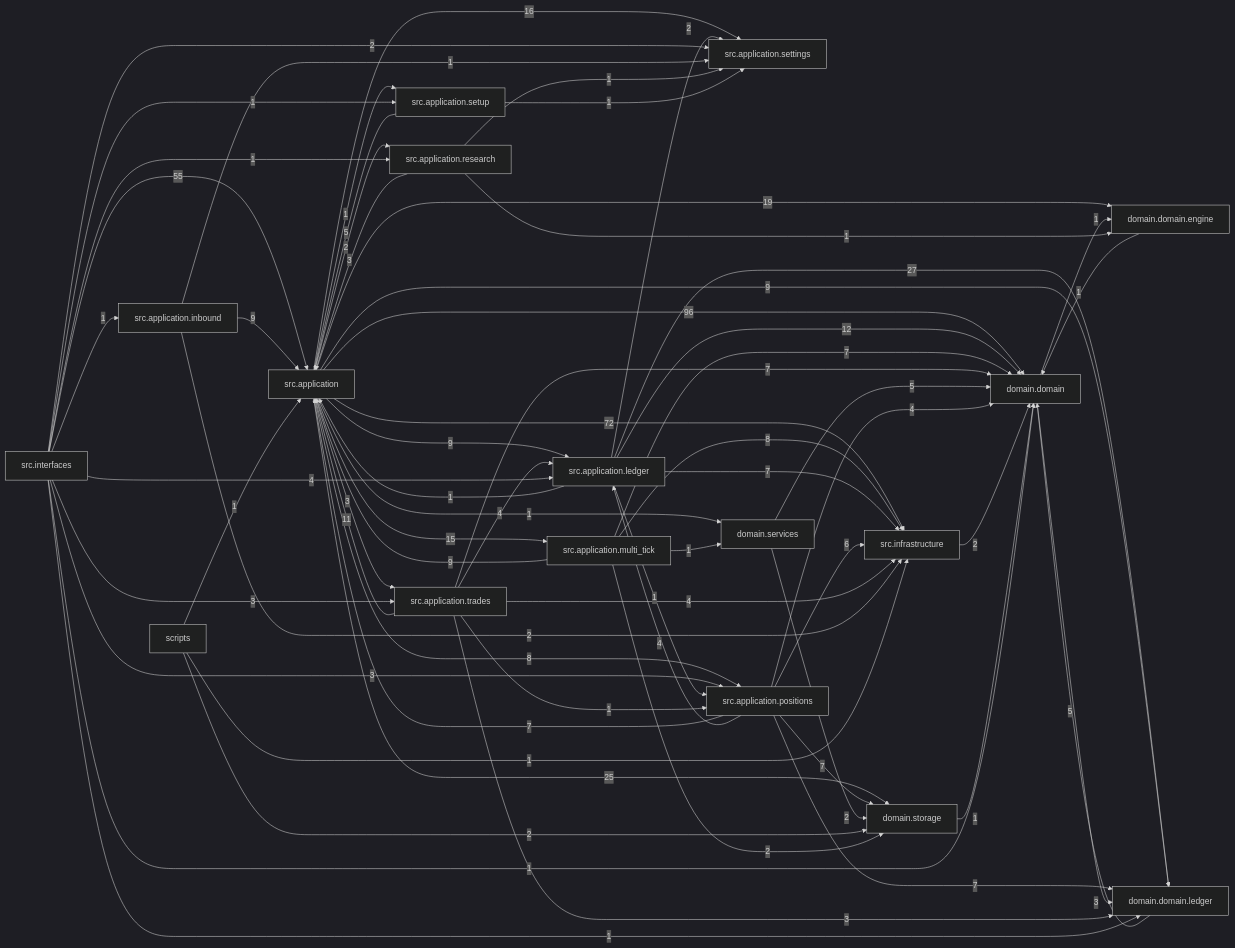
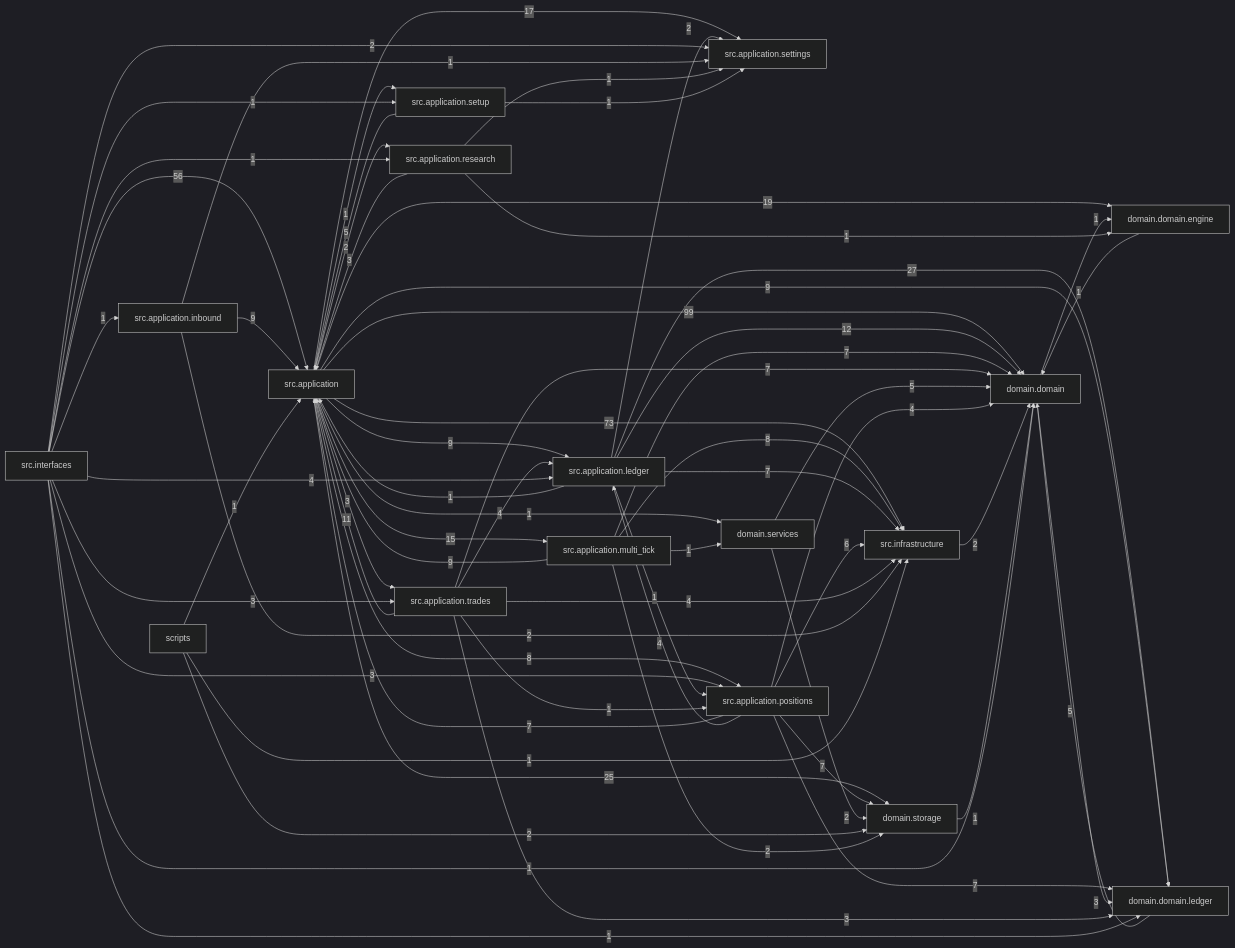
The diagram in docs/dependency_graph.mmd (liuxie066/options-monitor), drawn with Mermaid (dark theme) before and after one commit. The commit also changed 61 other files, not shown here.

```diff
--- a/docs/dependency_graph.mmd
+++ b/docs/dependency_graph.mmd
@@ -1,66 +1,66 @@
 flowchart LR
-  src_application["src.application"] -->|96| domain_domain["domain.domain"]
-  src_application["src.application"] -->|72| src_infrastructure["src.infrastructure"]
-  src_interfaces["src.interfaces"] -->|55| src_application["src.application"]
+  src_application["src.application"] -->|99| domain_domain["domain.domain"]
+  src_application["src.application"] -->|73| src_infrastructure["src.infrastructure"]
+  src_interfaces["src.interfaces"] -->|56| src_application["src.application"]
   src_application_ledger["src.application.ledger"] -->|27| domain_domain_ledger["domain.domain.ledger"]
   src_application["src.application"] -->|25| domain_storage["domain.storage"]
   src_application["src.application"] -->|19| domain_domain_engine["domain.domain.engine"]
-  src_application["src.application"] -->|16| src_application_settings["src.application.settings"]
+  src_application["src.application"] -->|17| src_application_settings["src.application.settings"]
   src_application["src.application"] -->|15| src_application_multi_tick["src.application.multi_tick"]
   src_application_ledger["src.application.ledger"] -->|12| domain_domain["domain.domain"]
   src_application_trades["src.application.trades"] -->|11| src_application["src.application"]
   src_application["src.application"] -->|9| domain_domain_ledger["domain.domain.ledger"]
   src_application["src.application"] -->|9| src_application_ledger["src.application.ledger"]
   src_application_inbound["src.application.inbound"] -->|9| src_application["src.application"]
   src_application_multi_tick["src.application.multi_tick"] -->|9| src_application["src.application"]
   src_application["src.application"] -->|8| src_application_positions["src.application.positions"]
   src_application_multi_tick["src.application.multi_tick"] -->|8| src_infrastructure["src.infrastructure"]
   src_application_ledger["src.application.ledger"] -->|7| src_infrastructure["src.infrastructure"]
   src_application_multi_tick["src.application.multi_tick"] -->|7| domain_domain["domain.domain"]
   src_application_positions["src.application.positions"] -->|7| domain_domain_ledger["domain.domain.ledger"]
   src_application_positions["src.application.positions"] -->|7| domain_storage["domain.storage"]
   src_application_positions["src.application.positions"] -->|7| src_application["src.application"]
   src_application_trades["src.application.trades"] -->|7| domain_domain["domain.domain"]
   src_application_positions["src.application.positions"] -->|6| src_infrastructure["src.infrastructure"]
   domain_domain_ledger["domain.domain.ledger"] -->|5| domain_domain["domain.domain"]
   domain_services["domain.services"] -->|5| domain_domain["domain.domain"]
   src_application_setup["src.application.setup"] -->|5| src_application["src.application"]
   src_application_positions["src.application.positions"] -->|4| domain_domain["domain.domain"]
   src_application_positions["src.application.positions"] -->|4| src_application_ledger["src.application.ledger"]
   src_application_trades["src.application.trades"] -->|4| src_application_ledger["src.application.ledger"]
   src_application_trades["src.application.trades"] -->|4| src_infrastructure["src.infrastructure"]
   src_interfaces["src.interfaces"] -->|4| src_application_ledger["src.application.ledger"]
   domain_domain["domain.domain"] -->|3| domain_domain_ledger["domain.domain.ledger"]
   src_application["src.application"] -->|3| src_application_trades["src.application.trades"]
   src_application_research["src.application.research"] -->|3| src_application["src.application"]
   src_application_trades["src.application.trades"] -->|3| domain_domain_ledger["domain.domain.ledger"]
   src_interfaces["src.interfaces"] -->|3| src_application_positions["src.application.positions"]
   src_interfaces["src.interfaces"] -->|3| src_application_trades["src.application.trades"]
   domain_services["domain.services"] -->|2| domain_storage["domain.storage"]
   scripts["scripts"] -->|2| domain_storage["domain.storage"]
   src_application["src.application"] -->|2| src_application_research["src.application.research"]
   src_application_inbound["src.application.inbound"] -->|2| src_infrastructure["src.infrastructure"]
   src_application_ledger["src.application.ledger"] -->|2| src_application_settings["src.application.settings"]
   src_application_multi_tick["src.application.multi_tick"] -->|2| domain_storage["domain.storage"]
   src_infrastructure["src.infrastructure"] -->|2| domain_domain["domain.domain"]
   src_interfaces["src.interfaces"] -->|2| src_application_settings["src.application.settings"]
   domain_domain["domain.domain"] -->|1| domain_domain_engine["domain.domain.engine"]
   domain_domain_engine["domain.domain.engine"] -->|1| domain_domain["domain.domain"]
   domain_storage["domain.storage"] -->|1| domain_domain["domain.domain"]
   scripts["scripts"] -->|1| src_application["src.application"]
   scripts["scripts"] -->|1| src_infrastructure["src.infrastructure"]
   src_application["src.application"] -->|1| domain_services["domain.services"]
   src_application["src.application"] -->|1| src_application_setup["src.application.setup"]
   src_application_inbound["src.application.inbound"] -->|1| src_application_settings["src.application.settings"]
   src_application_ledger["src.application.ledger"] -->|1| src_application["src.application"]
   src_application_ledger["src.application.ledger"] -->|1| src_application_positions["src.application.positions"]
   src_application_multi_tick["src.application.multi_tick"] -->|1| domain_services["domain.services"]
   src_application_research["src.application.research"] -->|1| domain_domain_engine["domain.domain.engine"]
   src_application_research["src.application.research"] -->|1| src_application_settings["src.application.settings"]
   src_application_setup["src.application.setup"] -->|1| src_application_settings["src.application.settings"]
   src_application_trades["src.application.trades"] -->|1| src_application_positions["src.application.positions"]
   src_interfaces["src.interfaces"] -->|1| domain_domain["domain.domain"]
   src_interfaces["src.interfaces"] -->|1| domain_domain_ledger["domain.domain.ledger"]
   src_interfaces["src.interfaces"] -->|1| src_application_inbound["src.application.inbound"]
   src_interfaces["src.interfaces"] -->|1| src_application_research["src.application.research"]
   src_interfaces["src.interfaces"] -->|1| src_application_setup["src.application.setup"]
```
